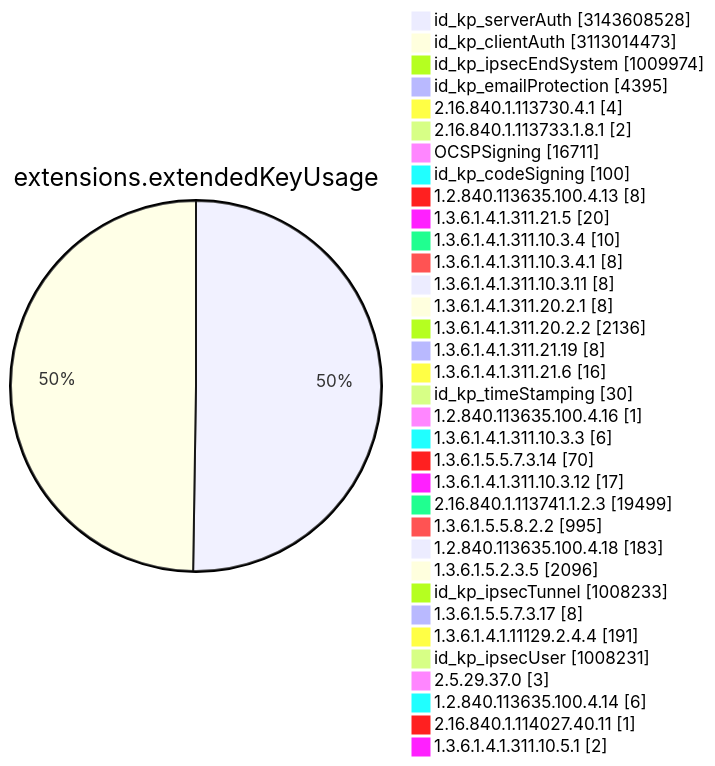
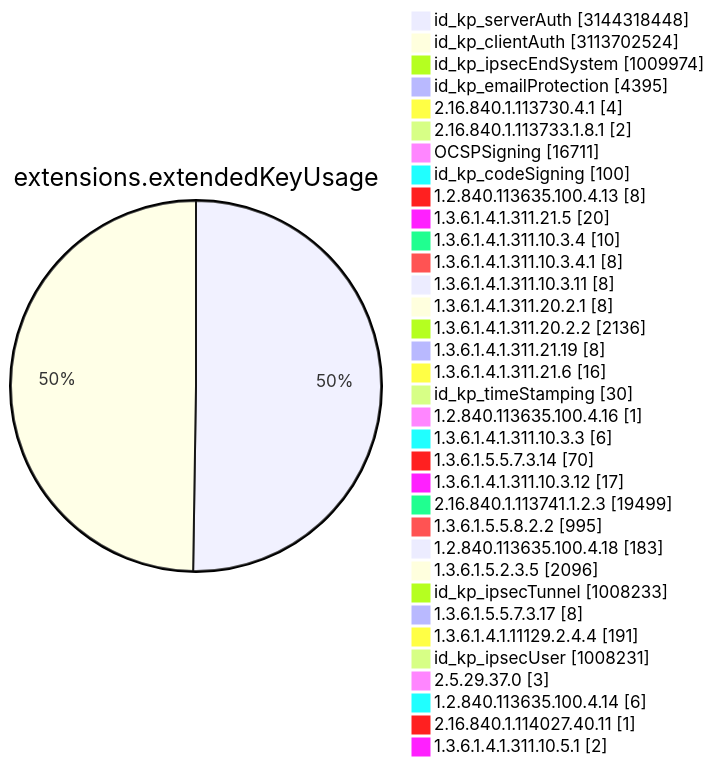
One commit to christiankrug/ctmonitor_visualization changed diagram 11 of 15 in TOTAL/README.md. Above: the diagram before and after it, drawn with Mermaid. The commit also changed other lines of this file, not shown here.

````diff
--- a/TOTAL/README.md
+++ b/TOTAL/README.md
@@ -4119,38 +4119,38 @@
 ```mermaid
 pie showData
 title extensions.extendedKeyUsage
-"id_kp_serverAuth" :3143608528
-"id_kp_clientAuth" :3113014473
+"id_kp_serverAuth" :3144318448
+"id_kp_clientAuth" :3113702524
 "id_kp_ipsecEndSystem" :1009974
 "id_kp_emailProtection" :4395
 "2.16.840.1.113730.4.1" :4
 "2.16.840.1.113733.1.8.1" :2
 "OCSPSigning" :16711
 "id_kp_codeSigning" :100
 "1.2.840.113635.100.4.13" :8
 "1.3.6.1.4.1.311.21.5" :20
 "1.3.6.1.4.1.311.10.3.4" :10
 "1.3.6.1.4.1.311.10.3.4.1" :8
 "1.3.6.1.4.1.311.10.3.11" :8
 "1.3.6.1.4.1.311.20.2.1" :8
 "1.3.6.1.4.1.311.20.2.2" :2136
 "1.3.6.1.4.1.311.21.19" :8
 "1.3.6.1.4.1.311.21.6" :16
 "id_kp_timeStamping" :30
 "1.2.840.113635.100.4.16" :1
 "1.3.6.1.4.1.311.10.3.3" :6
 "1.3.6.1.5.5.7.3.14" :70
 "1.3.6.1.4.1.311.10.3.12" :17
 "2.16.840.1.113741.1.2.3" :19499
 "1.3.6.1.5.5.8.2.2" :995
 "1.2.840.113635.100.4.18" :183
 "1.3.6.1.5.2.3.5" :2096
 "id_kp_ipsecTunnel" :1008233
 "1.3.6.1.5.5.7.3.17" :8
 "1.3.6.1.4.1.11129.2.4.4" :191
 "id_kp_ipsecUser" :1008231
 "2.5.29.37.0" :3
 "1.2.840.113635.100.4.14" :6
 "2.16.840.1.114027.40.11" :1
 "1.3.6.1.4.1.311.10.5.1" :2
 ```
````
